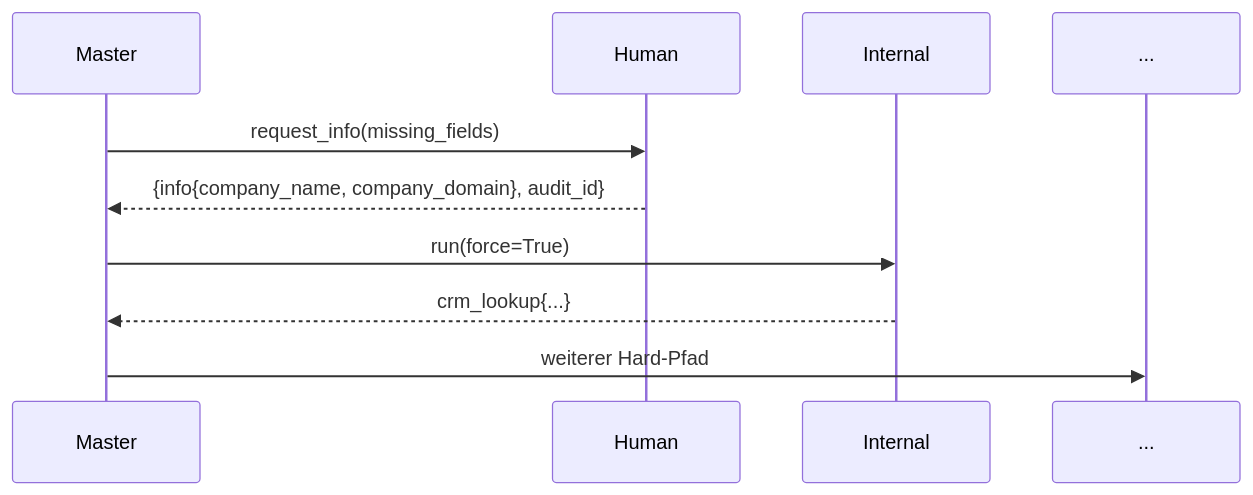
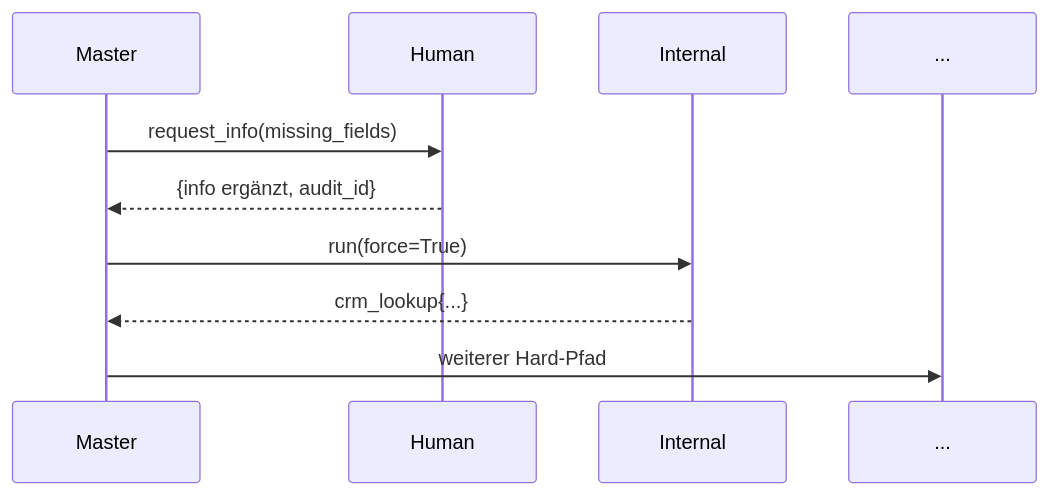
Before and after one commit to KonstantinData/Lead-Market-Insights: the sixth of 8 diagrams in docs/hubspot_dossier_audit.md, drawn with Mermaid. The commit also changed other lines of this file, not shown here.

Commit message:
Refine HubSpot dossier audit to match spec

````diff
--- a/docs/hubspot_dossier_audit.md
+++ b/docs/hubspot_dossier_audit.md
@@ -110,8 +110,8 @@
 ```mermaid
 sequenceDiagram
     Master->>Human: request_info(missing_fields)
-    Human-->>Master: {info{company_name, company_domain}, audit_id}
+    Human-->>Master: {info ergänzt, audit_id}
     Master->>Internal: run(force=True)
     Internal-->>Master: crm_lookup{...}
     Master->>...: weiterer Hard-Pfad
 ```
````
